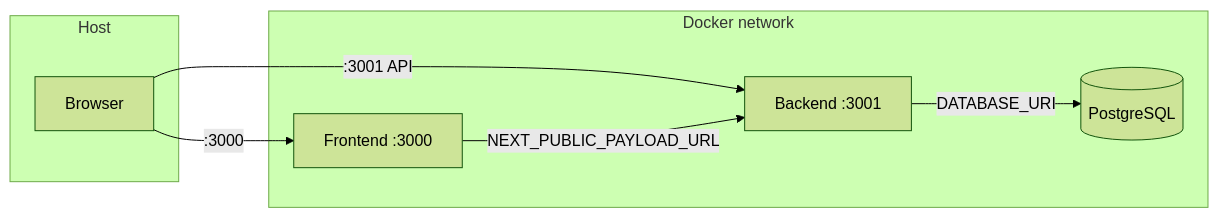
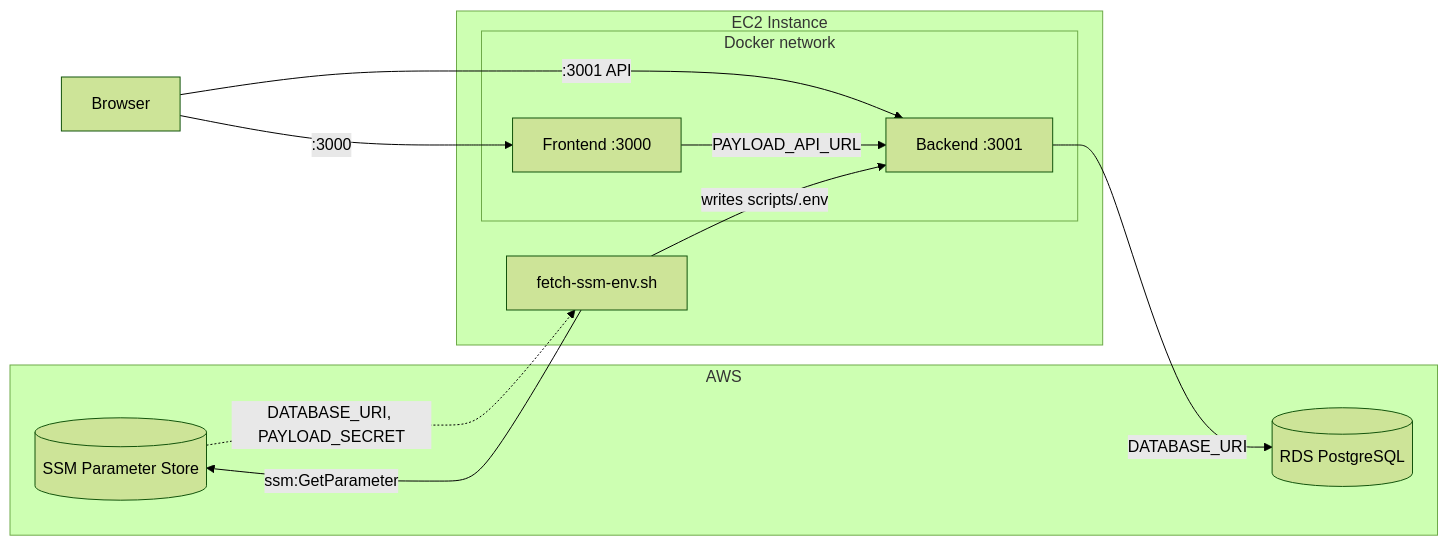
One commit to Ndzenyuy/Payload-NPRD changed the diagram in plan.md. Above: the diagram before and after it, drawn with Mermaid (forest theme). The commit also changed other lines of this file and 11 other files, not shown here.

Commit message:
configuring rds to work with payload

````diff
--- a/plan.md
+++ b/plan.md
@@ -15,15 +9,23 @@
 ```mermaid
 flowchart LR
-  subgraph host [Host]
-    Browser[Browser]
+  subgraph aws [AWS]
+    SSM[(SSM Parameter Store)]
+    RDS[(RDS PostgreSQL)]
   end
-  subgraph docker [Docker network]
-    Postgres[(PostgreSQL)]
-    Backend[Backend :3001]
-    Frontend[Frontend :3000]
+  subgraph ec2 [EC2 Instance]
+    subgraph docker [Docker network]
+      Backend[Backend :3001]
+      Frontend[Frontend :3000]
+    end
+    FetchScript[fetch-ssm-env.sh]
   end
+  Browser[Browser]
+
   Browser -->|":3000"| Frontend
   Browser -->|":3001 API"| Backend
-  Frontend -->|"NEXT_PUBLIC_PAYLOAD_URL"| Backend
-  Backend -->|"DATABASE_URI"| Postgres
+  Frontend -->|"PAYLOAD_API_URL"| Backend
+  FetchScript -->|"ssm:GetParameter"| SSM
+  SSM -.->|"DATABASE_URI, PAYLOAD_SECRET"| FetchScript
+  FetchScript -->|"writes scripts/.env"| Backend
+  Backend -->|"DATABASE_URI"| RDS
 ```
````
